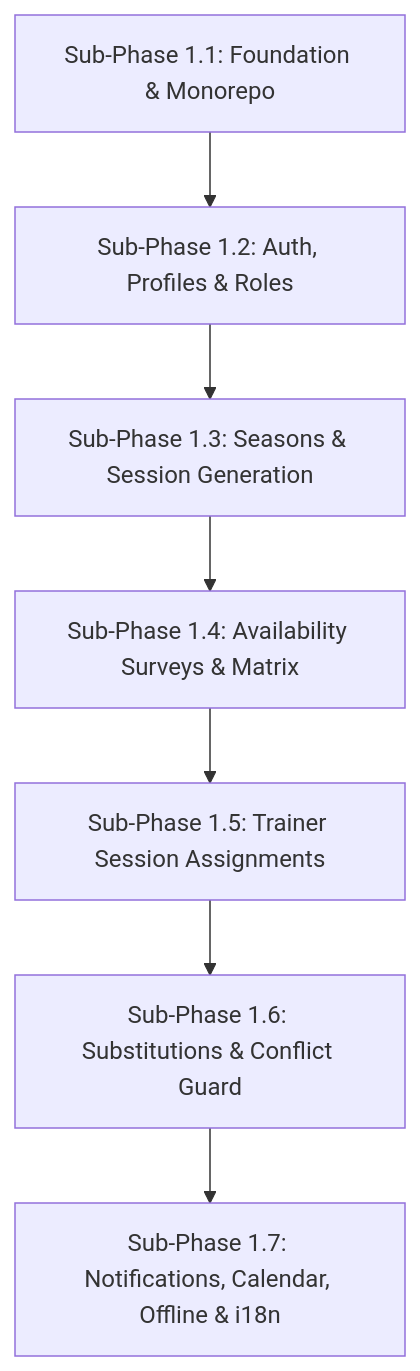
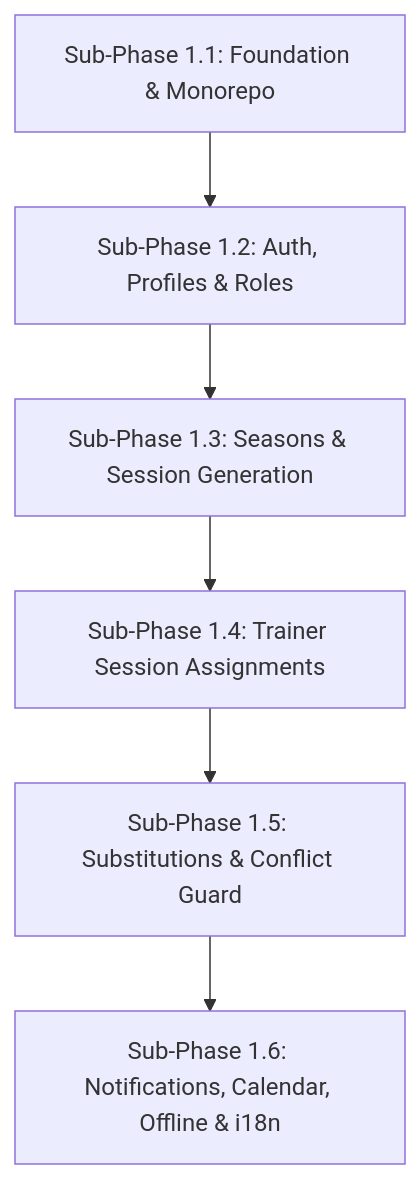
One commit to pratyuksh/pocket-coach changed the diagram in pocket-coach-wiki/wiki/codebase/implementation-plan.md. Above: the diagram before and after it, drawn with Mermaid. The commit also changed other lines of this file and 2 other files, not shown here.

First line of the commit message:
~ wiki: defer availability surveys to Phase 2 and reorder Phase 1 roadmap

````diff
--- a/pocket-coach-wiki/wiki/codebase/implementation-plan.md
+++ b/pocket-coach-wiki/wiki/codebase/implementation-plan.md
@@ -28,9 +28,8 @@
 ```mermaid
 flowchart TD
     SP1["Sub-Phase 1.1: Foundation & Monorepo"] --> SP2["Sub-Phase 1.2: Auth, Profiles & Roles"]
     SP2 --> SP3["Sub-Phase 1.3: Seasons & Session Generation"]
-    SP3 --> SP4["Sub-Phase 1.4: Availability Surveys & Matrix"]
-    SP4 --> SP5["Sub-Phase 1.5: Trainer Session Assignments"]
-    SP5 --> SP6["Sub-Phase 1.6: Substitutions & Conflict Guard"]
-    SP6 --> SP7["Sub-Phase 1.7: Notifications, Calendar, Offline & i18n"]
+    SP3 --> SP4["Sub-Phase 1.4: Trainer Session Assignments"]
+    SP4 --> SP5["Sub-Phase 1.5: Substitutions & Conflict Guard"]
+    SP5 --> SP6["Sub-Phase 1.6: Notifications, Calendar, Offline & i18n"]
 ```
````
